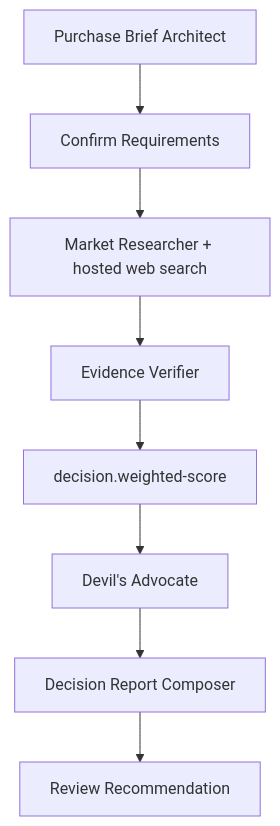
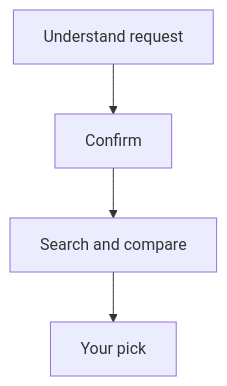
Before and after one commit to Bhbored/ArzlyAI: the diagram in docs/presets/smart-purchase-decision.md, drawn with Mermaid. The commit also changed other lines of this file and 45 other files, not shown here.

First line of the commit message:
Refactor smart purchase decision preset and update related workflows

````diff
--- a/docs/presets/smart-purchase-decision.md
+++ b/docs/presets/smart-purchase-decision.md
@@ -7,10 +9,6 @@
 ```mermaid
 flowchart TD
-    A[Purchase Brief Architect] --> B[Confirm Requirements]
-    B --> C[Market Researcher + hosted web search]
-    C --> D[Evidence Verifier]
-    D --> E[decision.weighted-score]
-    E --> F[Devil's Advocate]
-    F --> G[Decision Report Composer]
-    G --> H[Review Recommendation]
+    A[Understand request] --> B[Confirm]
+    B --> C[Search and compare]
+    C --> D[Your pick]
 ```
````
